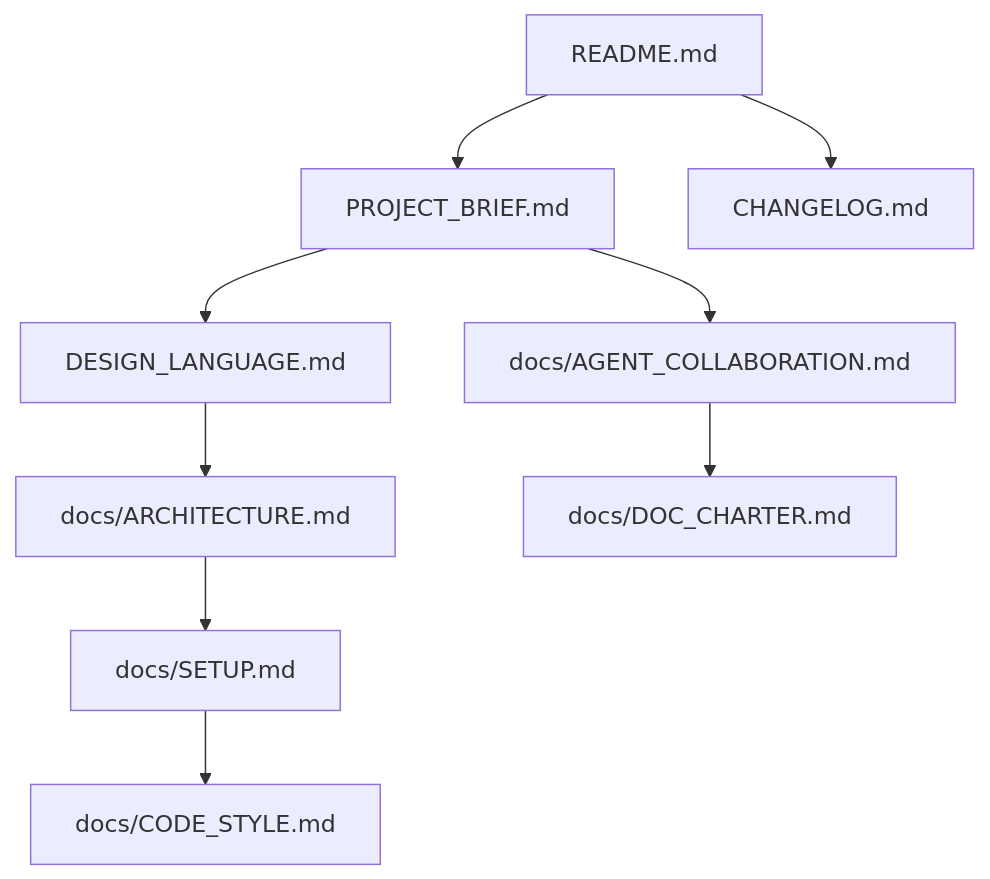
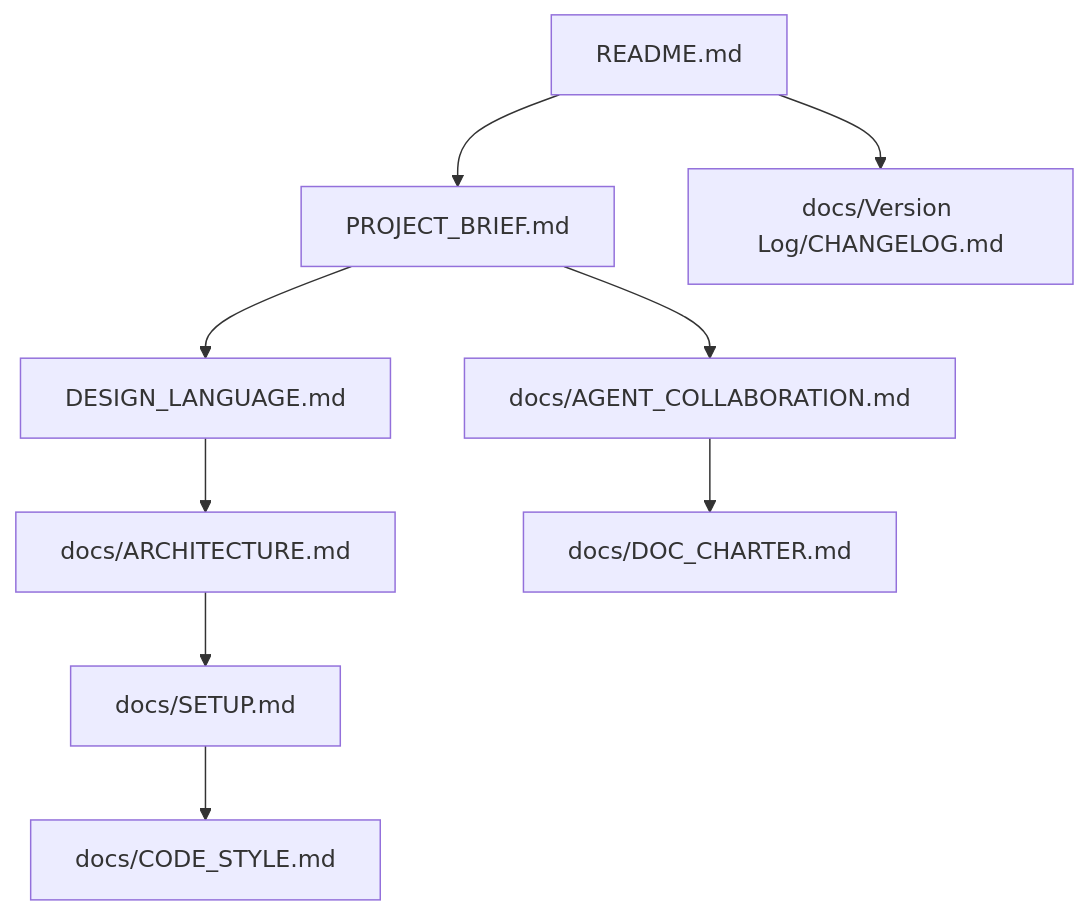
One commit to Lisir2002/Mini-MakeAPK changed the diagram in docs/INDEX.md. Above: the diagram before and after it, drawn with Mermaid. The commit also changed other lines of this file and 14 other files, not shown here.

First line of the commit message:
feat(release): 借鉴 MiniMe-core 发版日志体系——Version Log 结构 + 用户面向格式规约 + 校验脚本 + CI 门禁

````diff
--- a/docs/INDEX.md
+++ b/docs/INDEX.md
@@ -50,11 +51,11 @@
 ```mermaid
 flowchart TD
     A[README.md] --> B[PROJECT_BRIEF.md]
     B --> C[DESIGN_LANGUAGE.md]
     C --> D[docs/ARCHITECTURE.md]
     D --> E[docs/SETUP.md]
     E --> F[docs/CODE_STYLE.md]
     B --> G[docs/AGENT_COLLABORATION.md]
     G --> H[docs/DOC_CHARTER.md]
-    A --> I[CHANGELOG.md]
+    A --> I[docs/Version Log/CHANGELOG.md]
 ```
````
